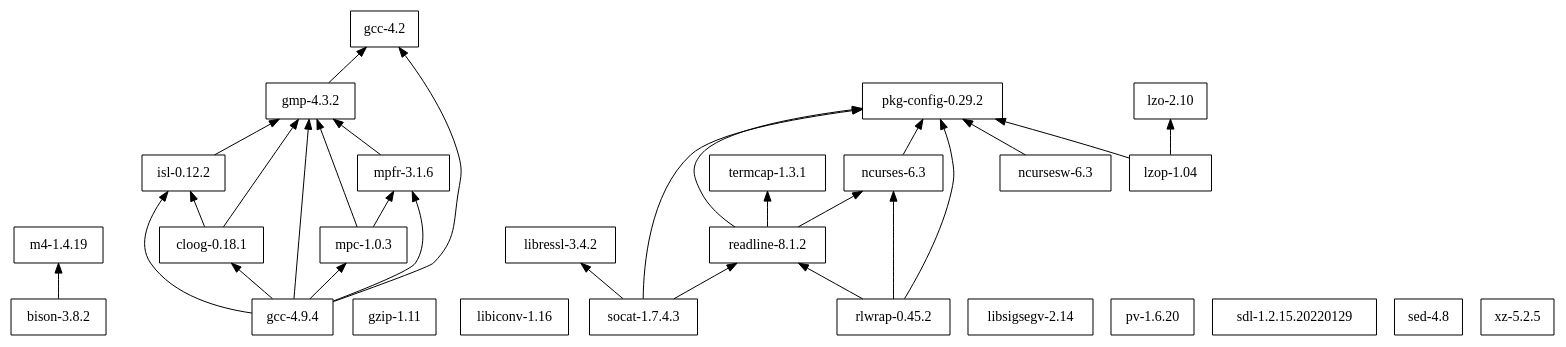
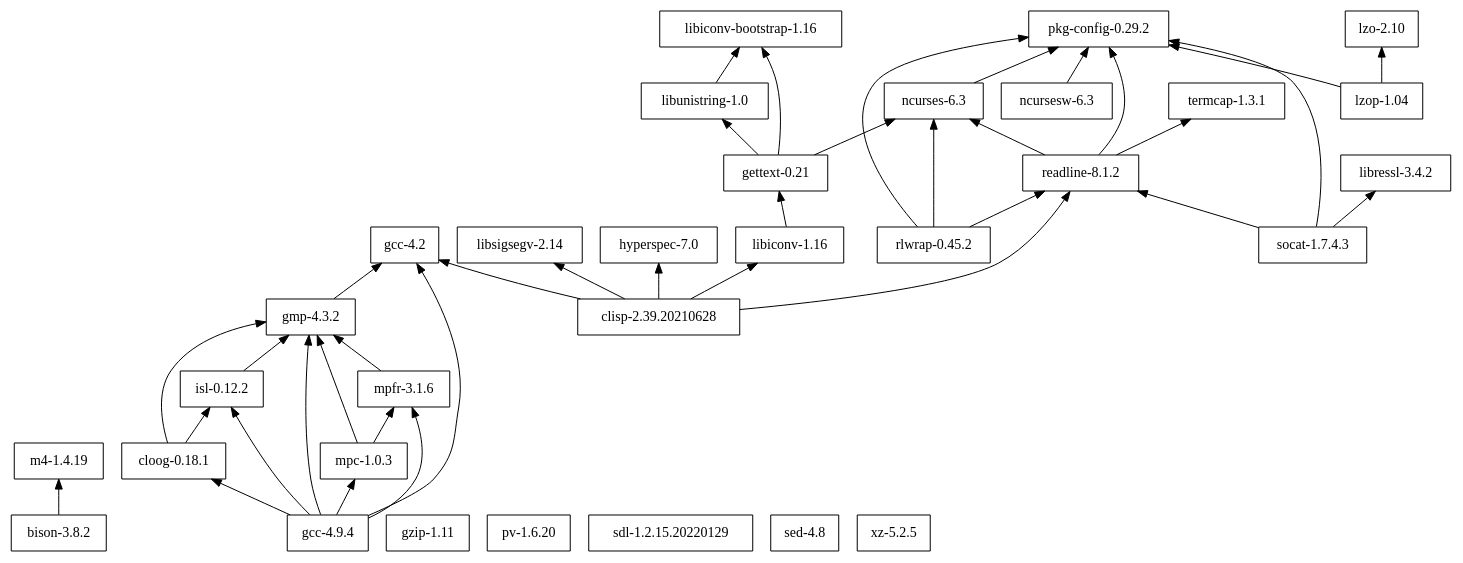
One commit to cellularmitosis/leopard.sh changed the diagram in tigersh/deps/dependencies.dot. Above: the diagram before and after it, drawn with Graphviz. The commit also changed 18 other files, not shown here.

Commit message:
libiconv-bootstrap-1.16

```diff
--- a/tigersh/deps/dependencies.dot
+++ b/tigersh/deps/dependencies.dot
@@ -1,46 +1,58 @@
 digraph mygraph {
 node [shape=box];
 rankdir = BT;
 
 "bison-3.8.2" -> "m4-1.4.19"
+"clisp-2.39.20210628" -> "gcc-4.2"
+"clisp-2.39.20210628" -> "hyperspec-7.0"
+"clisp-2.39.20210628" -> "libiconv-1.16"
+"clisp-2.39.20210628" -> "libsigsegv-2.14"
+"clisp-2.39.20210628" -> "readline-8.1.2"
 "cloog-0.18.1" -> "gmp-4.3.2"
 "cloog-0.18.1" -> "isl-0.12.2"
 "gcc-4.2"
 "gcc-4.9.4" -> "cloog-0.18.1"
 "gcc-4.9.4" -> "gcc-4.2"
 "gcc-4.9.4" -> "gmp-4.3.2"
 "gcc-4.9.4" -> "isl-0.12.2"
 "gcc-4.9.4" -> "mpc-1.0.3"
 "gcc-4.9.4" -> "mpfr-3.1.6"
+"gettext-0.21" -> "libiconv-bootstrap-1.16"
+"gettext-0.21" -> "libunistring-1.0"
+"gettext-0.21" -> "ncurses-6.3"
 "gmp-4.3.2" -> "gcc-4.2"
 "gzip-1.11"
+"hyperspec-7.0"
 "isl-0.12.2" -> "gmp-4.3.2"
 "libiconv-1.16"
+"libiconv-1.16" -> "gettext-0.21"
+"libiconv-bootstrap-1.16"
 "libressl-3.4.2"
 "libsigsegv-2.14"
+"libunistring-1.0" -> "libiconv-bootstrap-1.16"
 "lzo-2.10"
 "lzop-1.04" -> "lzo-2.10"
 "lzop-1.04" -> "pkg-config-0.29.2"
 "m4-1.4.19"
 "mpc-1.0.3" -> "gmp-4.3.2"
 "mpc-1.0.3" -> "mpfr-3.1.6"
 "mpfr-3.1.6" -> "gmp-4.3.2"
 "ncurses-6.3" -> "pkg-config-0.29.2"
 "ncursesw-6.3" -> "pkg-config-0.29.2"
 "pkg-config-0.29.2"
 "pv-1.6.20"
 "readline-8.1.2" -> "ncurses-6.3"
 "readline-8.1.2" -> "pkg-config-0.29.2"
 "readline-8.1.2" -> "termcap-1.3.1"
 "rlwrap-0.45.2" -> "ncurses-6.3"
 "rlwrap-0.45.2" -> "pkg-config-0.29.2"
 "rlwrap-0.45.2" -> "readline-8.1.2"
 "sdl-1.2.15.20220129"
 "sed-4.8"
 "socat-1.7.4.3" -> "libressl-3.4.2"
 "socat-1.7.4.3" -> "pkg-config-0.29.2"
 "socat-1.7.4.3" -> "readline-8.1.2"
 "termcap-1.3.1"
 "xz-5.2.5"
 
 }
```
